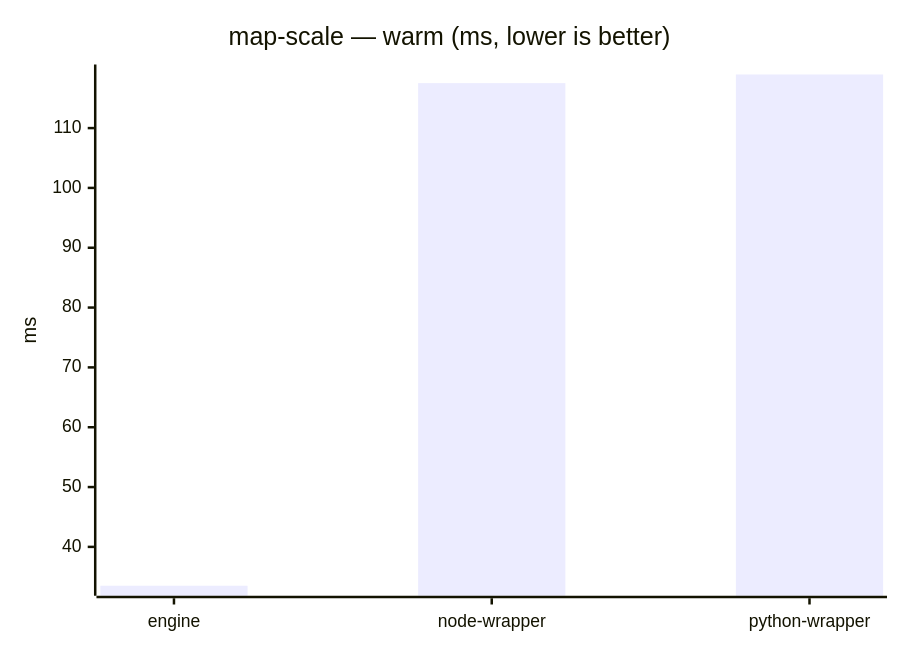
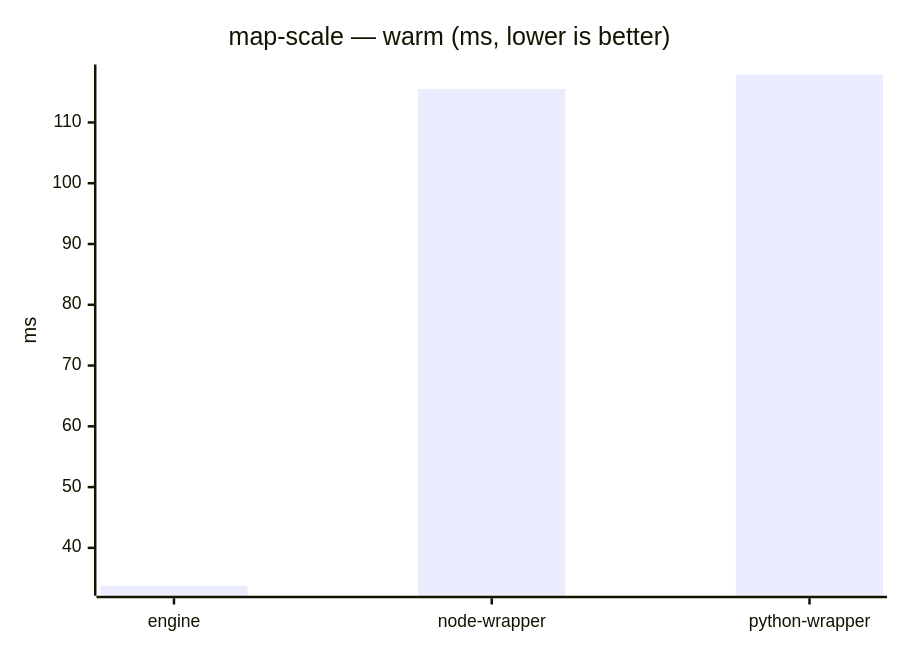
One commit to mulesoft/data-weave-cli changed the seventh of 23 diagrams in benchmarks/report/RESULTS.md. Above: the diagram before and after it, drawn with Mermaid. The commit also changed other lines of this file, not shown here.

````diff
--- a/benchmarks/report/RESULTS.md
+++ b/benchmarks/report/RESULTS.md
@@ -98,7 +98,7 @@
 ```mermaid
 xychart-beta
     title "map-scale — warm (ms, lower is better)"
     x-axis ["engine", "node-wrapper", "python-wrapper"]
     y-axis "ms"
-    bar [33.504, 117.512, 118.956]
+    bar [33.766, 115.517, 117.892]
 ```
````
